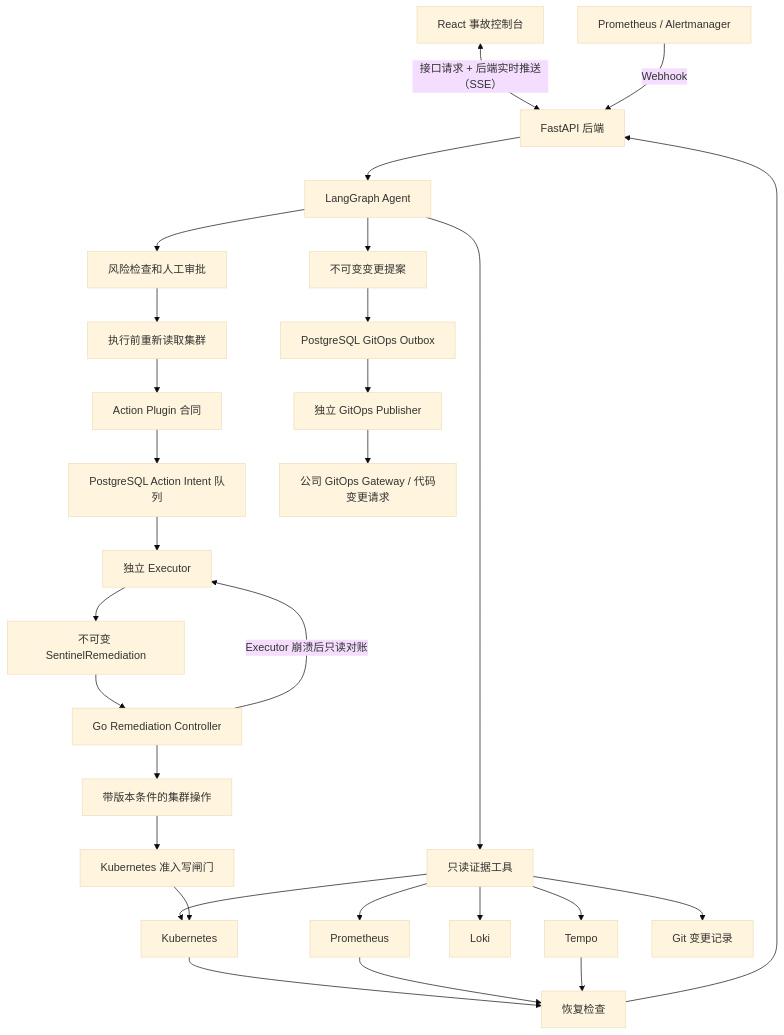
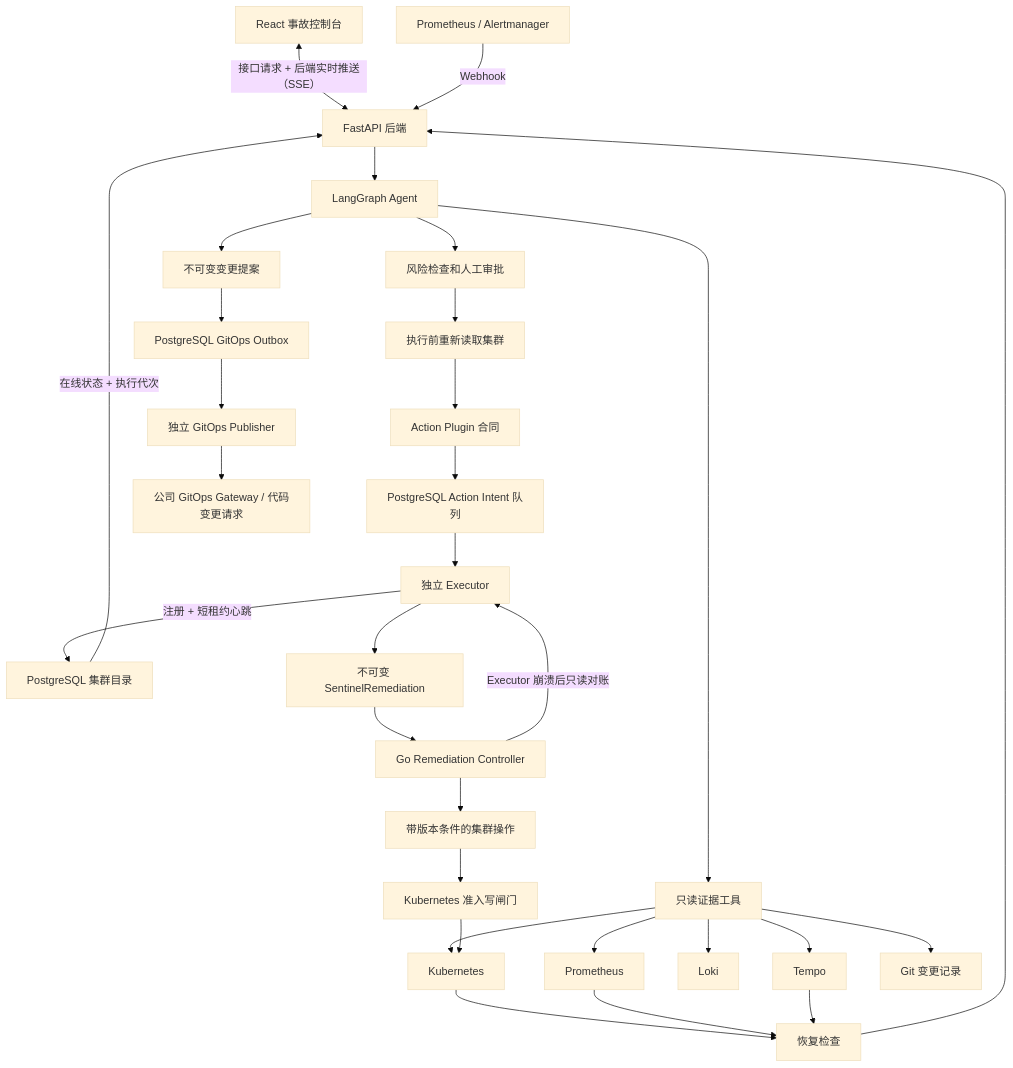
Before and after one commit to q741242673/sentinelops: the second of 2 diagrams in README.md, drawn with Mermaid (base theme). The commit also changed other lines of this file and 35 other files, not shown here.

````diff
--- a/README.md
+++ b/README.md
@@ -56,31 +56,33 @@
 ```mermaid
 flowchart TB
     UI["React 事故控制台"] <-->|"接口请求 + 后端实时推送（SSE）"| API["FastAPI 后端"]
     AM["Prometheus / Alertmanager"] -->|"Webhook"| API
     API --> AGENT["LangGraph Agent"]
     AGENT --> READ["只读证据工具"]
     READ --> K8S["Kubernetes"]
     READ --> PROM["Prometheus"]
     READ --> LOKI["Loki"]
     READ --> TEMPO["Tempo"]
     READ --> GIT["Git 变更记录"]
     AGENT --> POLICY["风险检查和人工审批"]
     POLICY --> PREFLIGHT["执行前重新读取集群"]
     PREFLIGHT --> CATALOG["Action Plugin 合同"]
     CATALOG --> QUEUE["PostgreSQL Action Intent 队列"]
     QUEUE --> EXECUTOR["独立 Executor"]
+    EXECUTOR -->|"注册 + 短租约心跳"| REGISTRY["PostgreSQL 集群目录"]
+    REGISTRY -->|"在线状态 + 执行代次"| API
     EXECUTOR --> CONTRACT["不可变 SentinelRemediation"]
     CONTRACT --> CONTROLLER["Go Remediation Controller"]
     CONTROLLER --> WRITE["带版本条件的集群操作"]
     WRITE --> ADMISSION["Kubernetes 准入写闸门"]
     CONTROLLER -->|"Executor 崩溃后只读对账"| EXECUTOR
     AGENT --> PROPOSAL["不可变变更提案"]
     PROPOSAL --> OUTBOX["PostgreSQL GitOps Outbox"]
     OUTBOX --> PUBLISHER["独立 GitOps Publisher"]
     PUBLISHER --> GATEWAY["公司 GitOps Gateway / 代码变更请求"]
     ADMISSION --> K8S
     K8S --> VERIFY["恢复检查"]
     PROM --> VERIFY
     TEMPO --> VERIFY
     VERIFY --> API
 ```
````
